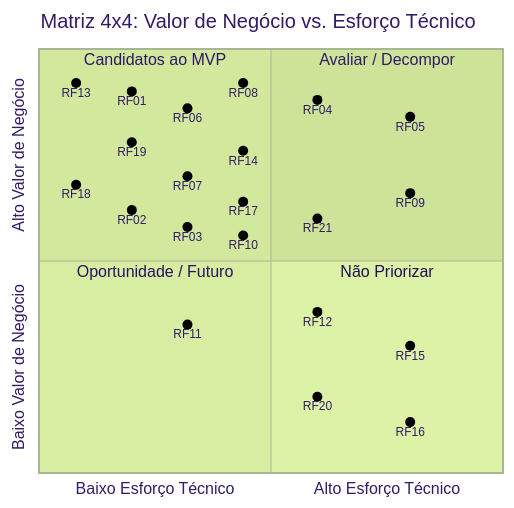
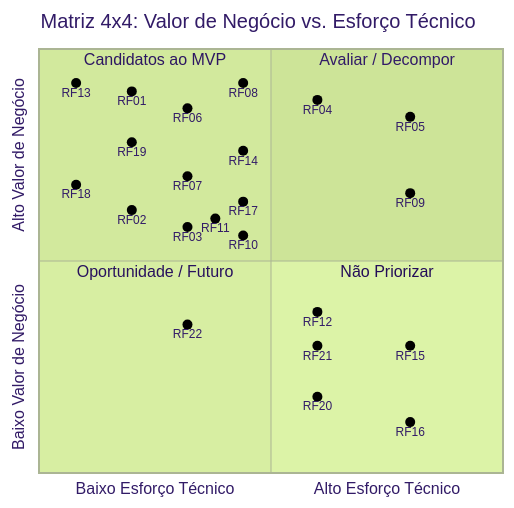
The third of 4 diagrams in docs/requisitos/priorizacao.md (mdsreq-fga-unb/REQ-2026.2-T01-DUOC-Finance), drawn with Mermaid (forest theme) before and after one commit. The commit also changed other lines of this file and 4 other files, not shown here.

````diff
--- a/docs/requisitos/priorizacao.md
+++ b/docs/requisitos/priorizacao.md
@@ -233,31 +235,32 @@
 ```mermaid
 quadrantChart
     title Matriz 4x4: Valor de Negócio vs. Esforço Técnico
     x-axis "Baixo Esforço Técnico" --> "Alto Esforço Técnico"
     y-axis "Baixo Valor de Negócio" --> "Alto Valor de Negócio"
     quadrant-1 "Avaliar / Decompor"
     quadrant-2 "Candidatos ao MVP"
     quadrant-3 "Oportunidade / Futuro"
     quadrant-4 "Não Priorizar"
     "RF13" : [0.08, 0.92]
     "RF18": [0.08, 0.68]
     "RF01": [0.20, 0.90]
     "RF19": [0.20, 0.78]
     "RF02": [0.20, 0.62]
     "RF06": [0.32, 0.86]
     "RF07": [0.32, 0.70]
     "RF03": [0.32, 0.58]
     "RF08": [0.44, 0.92]
     "RF14": [0.44, 0.76]
     "RF17": [0.44, 0.64]
     "RF10": [0.44, 0.56]
+    "RF11": [0.38, 0.60]
     "RF04": [0.60, 0.88]
-    "RF21": [0.60, 0.60]
     "RF05": [0.80, 0.84]
     "RF09": [0.80, 0.66]
-    "RF11": [0.32, 0.35]
+    "RF22": [0.32, 0.35]
     "RF12": [0.60, 0.38]
+    "RF21": [0.60, 0.30]
     "RF20": [0.60, 0.18]
     "RF15": [0.80, 0.30]
     "RF16": [0.80, 0.12]
 ```
````
